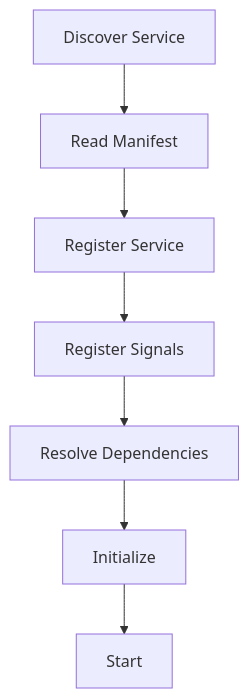
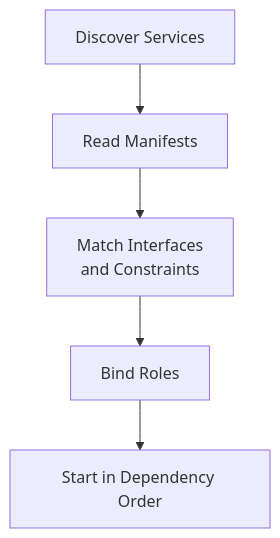
The seventh of 16 diagrams in README.md (ROSMicroPy/RobotPrimitivesStack), drawn with Mermaid before and after one commit. The commit also changed other lines of this file, not shown here.

Commit message:
Expand primitive services architecture

````diff
--- a/README.md
+++ b/README.md
@@ -262,17 +623,13 @@
 ```mermaid
 flowchart TB
-    DISC["Discover Service"]
-    READ["Read Manifest"]
-    REG["Register Service"]
-    SIG["Register Signals"]
-    DEP["Resolve Dependencies"]
-    INIT["Initialize"]
-    START["Start"]
+    DISC["Discover Services"]
+    READ["Read Manifests"]
+    MATCH["Match Interfaces<br/>and Constraints"]
+    BIND["Bind Roles"]
+    START["Start in Dependency Order"]
 
     DISC --> READ
-    READ --> REG
-    REG --> SIG
-    SIG --> DEP
-    DEP --> INIT
-    INIT --> START
+    READ --> MATCH
+    MATCH --> BIND
+    BIND --> START
 ```
````
